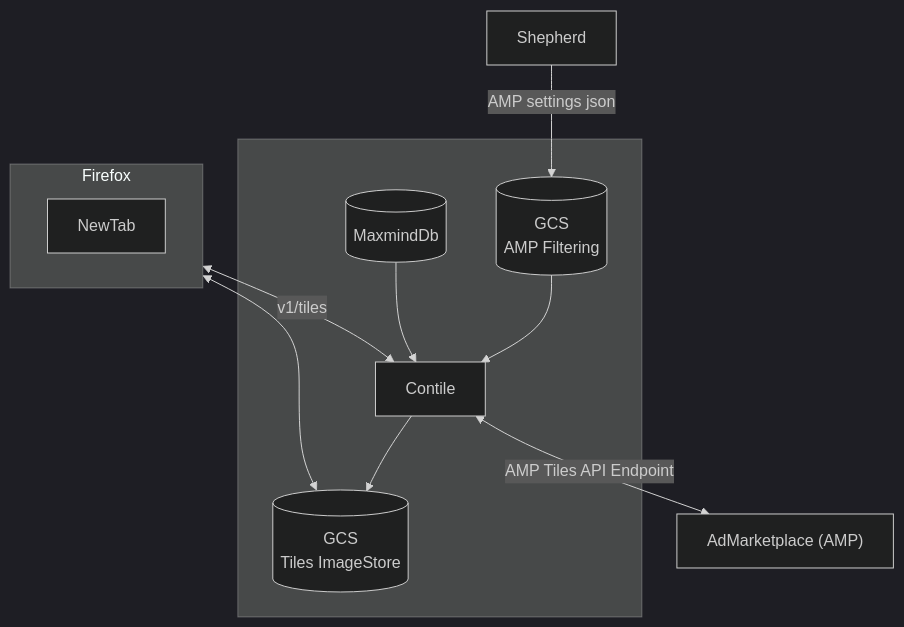
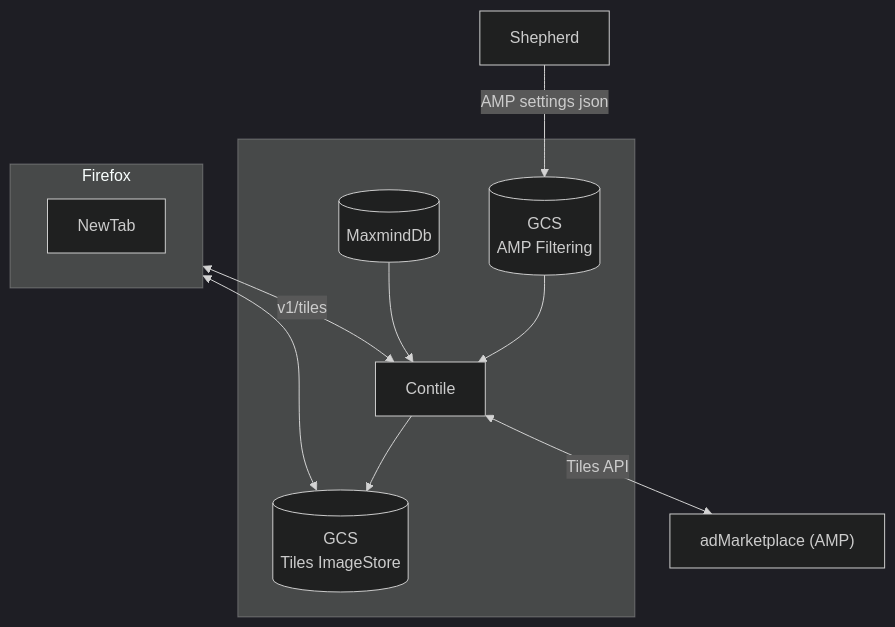
Before and after one commit to mozilla-services/contile: the diagram in docs/intro.md, drawn with Mermaid.

````diff
--- a/docs/intro.md
+++ b/docs/intro.md
@@ -15,24 +15,24 @@
 ```mermaid
 %%{init: {'theme':'dark'}}%%
 flowchart TD
     Firefox <-->|v1/tiles| Contile
     Firefox <--> ImageStore[(GCS <br/> Tiles ImageStore)]
     Contile --> ImageStore
     Filtering[(GCS <br/> AMP Filtering)] --> Contile
-    Contile <-->|AMP Tiles API Endpoint| AMP["AdMarketplace (AMP)" ]
+    Contile <-->|Tiles API| AMP["adMarketplace (AMP)" ]
     Shepherd -->|AMP settings json| Filtering
     MaxmindDb[(MaxmindDb)] --> Contile
 subgraph ContileDependencies[ ]
     Contile
     ImageStore
     MaxmindDb
     Filtering
 
 end
 
 subgraph Firefox
    NewTab
 end
 
 
 ```
````
